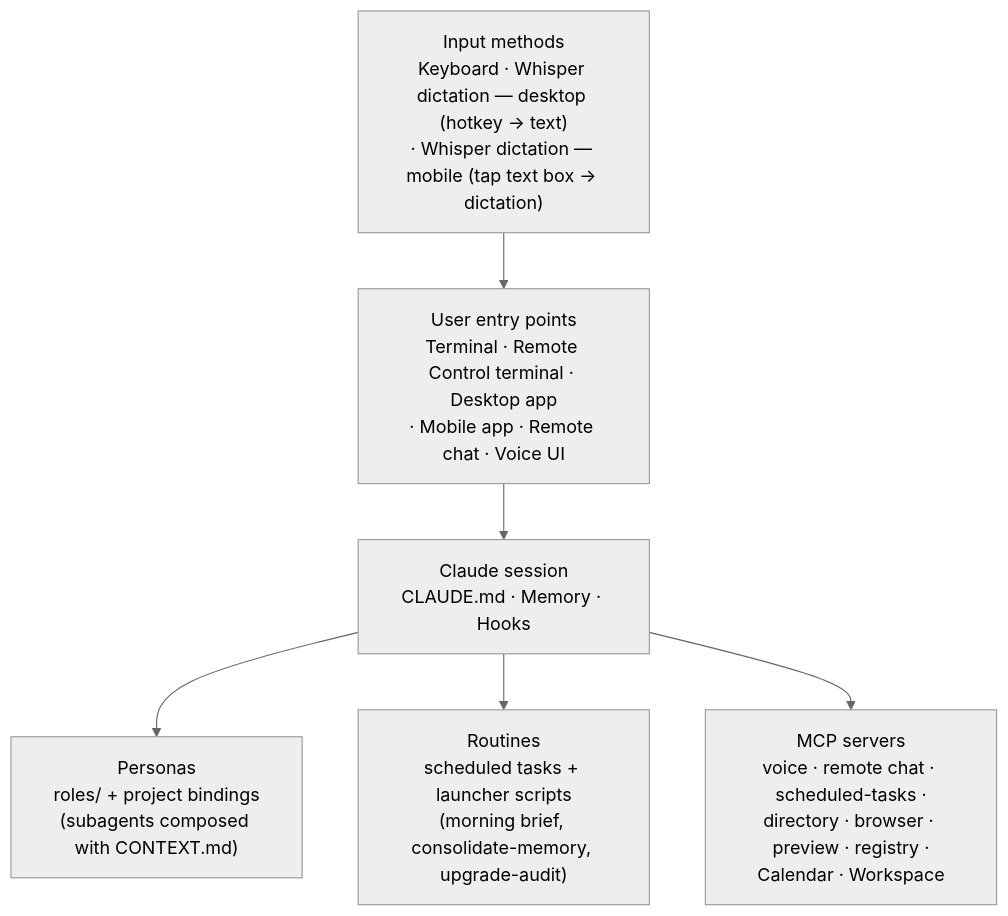
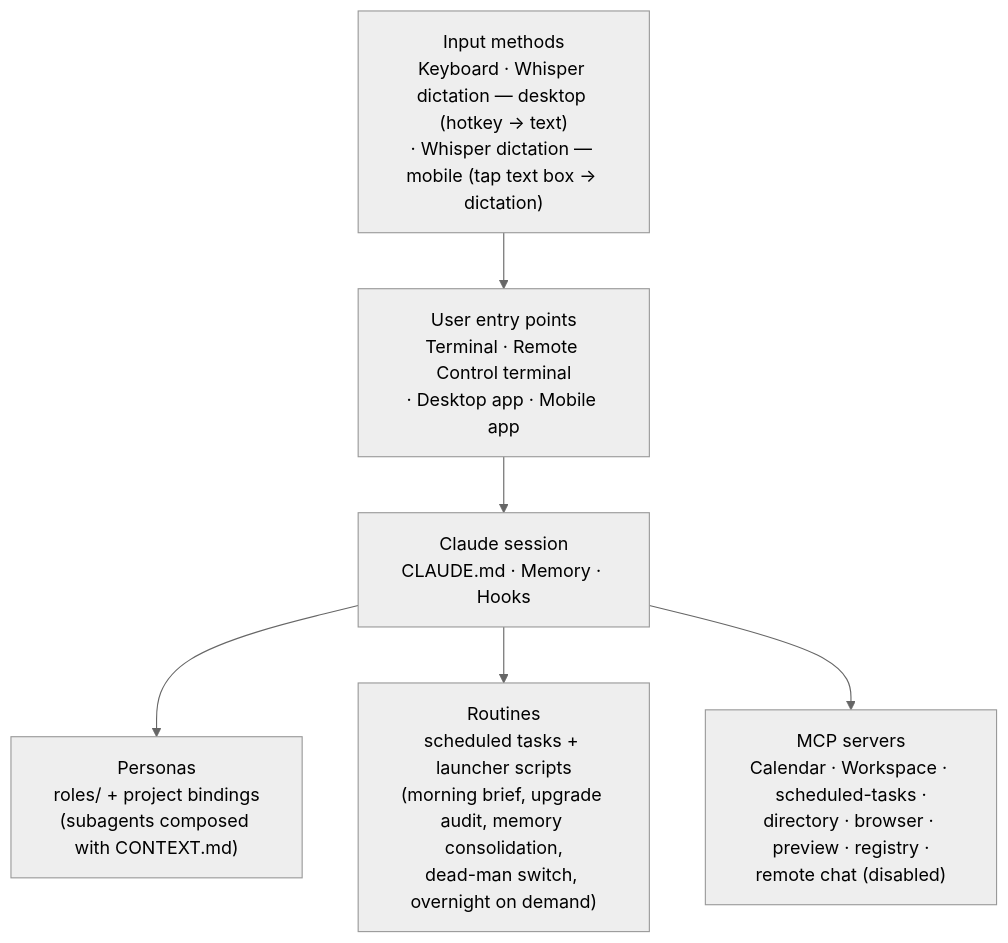
One commit to jimy-r/agent-workspace-architecture changed the first of 3 diagrams in META_ARCHITECTURE.md. Above: the diagram before and after it, drawn with Mermaid (neutral theme). The commit also changed other lines of this file and 8 other files, not shown here.

````diff
--- a/META_ARCHITECTURE.md
+++ b/META_ARCHITECTURE.md
@@ -42,14 +42,14 @@
 ```mermaid
 flowchart TB
     I["Input methods<br/>Keyboard · Whisper dictation — desktop (hotkey → text)<br/>· Whisper dictation — mobile (tap text box → dictation)"]
-    E["User entry points<br/>Terminal · Remote Control terminal · Desktop app<br/>· Mobile app · Remote chat · Voice UI"]
+    E["User entry points<br/>Terminal · Remote Control terminal<br/>· Desktop app · Mobile app"]
     S["Claude session<br/>CLAUDE.md · Memory · Hooks"]
     P["Personas<br/>roles/ + project bindings<br/>(subagents composed with CONTEXT.md)"]
-    R["Routines<br/>scheduled tasks + launcher scripts<br/>(morning brief, consolidate-memory, upgrade-audit)"]
-    M["MCP servers<br/>voice · remote chat · scheduled-tasks ·<br/>directory · browser · preview · registry ·<br/>Calendar · Workspace"]
+    R["Routines<br/>scheduled tasks + launcher scripts<br/>(morning brief, upgrade audit, memory consolidation,<br/>dead-man switch, overnight on demand)"]
+    M["MCP servers<br/>Calendar · Workspace · scheduled-tasks ·<br/>directory · browser · preview · registry ·<br/>remote chat (disabled)"]
     I --> E
     E --> S
     S --> P
     S --> R
     S --> M
 ```
````
